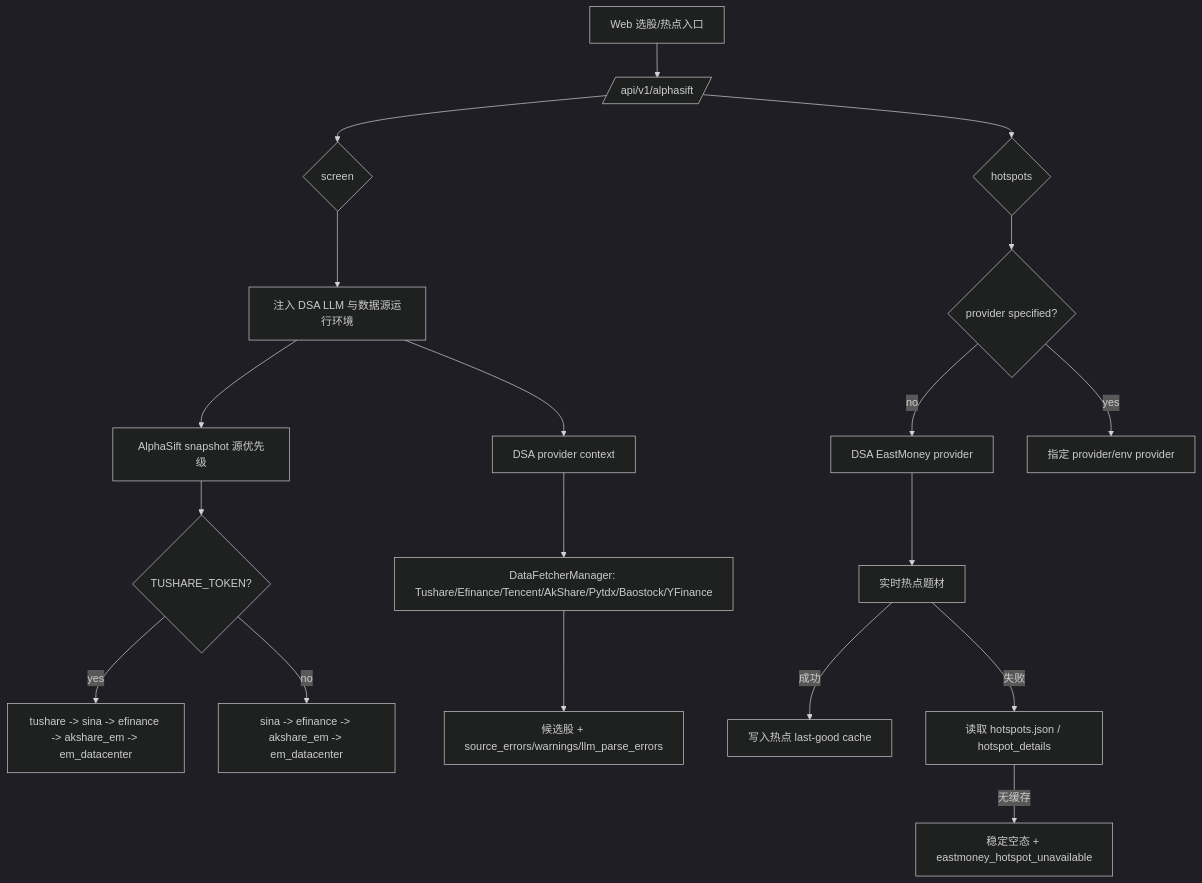
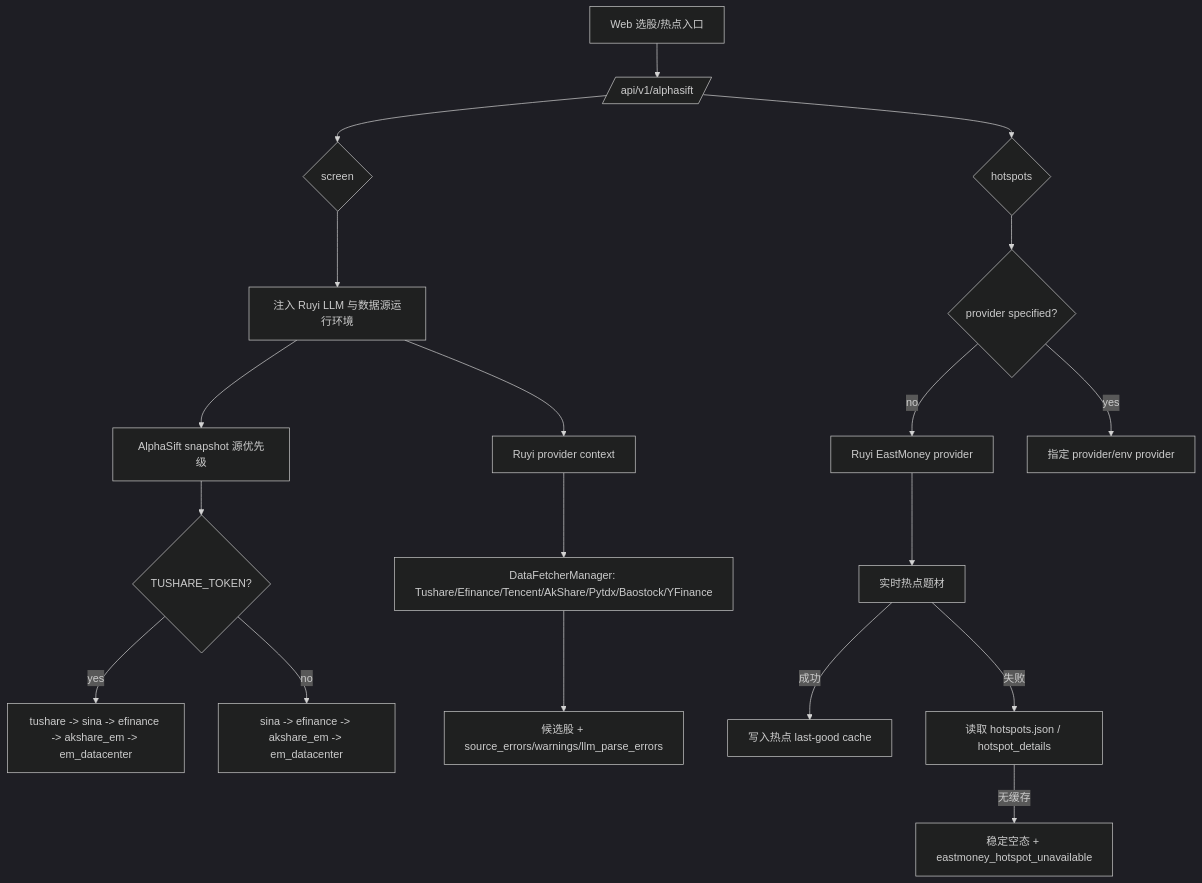
The third of 3 diagrams in docs/data-source-stability.md (ZhangMengmeng-702/RuyiDailySelectAnalysis), drawn with Mermaid (dark theme) before and after one commit. The commit also changed other lines of this file and 140 other files, not shown here.

````diff
--- a/docs/data-source-stability.md
+++ b/docs/data-source-stability.md
@@ -96,23 +96,23 @@
 ```mermaid
 flowchart TD
     UI[Web 选股/热点入口] --> API[/api/v1/alphasift/]
 
     API --> SCREEN{screen}
-    SCREEN --> ENV[注入 DSA LLM 与数据源运行环境]
+    SCREEN --> ENV[注入 Ruyi LLM 与数据源运行环境]
     ENV --> SNAP[AlphaSift snapshot 源优先级]
     SNAP --> TS{TUSHARE_TOKEN?}
     TS -->|yes| SP1[tushare -> sina -> efinance -> akshare_em -> em_datacenter]
     TS -->|no| SP2[sina -> efinance -> akshare_em -> em_datacenter]
-    ENV --> DAILY[DSA provider context]
+    ENV --> DAILY[Ruyi provider context]
     DAILY --> DFM[DataFetcherManager: Tushare/Efinance/Tencent/AkShare/Pytdx/Baostock/YFinance]
     DFM --> RESULT[候选股 + source_errors/warnings/llm_parse_errors]
 
     API --> HOT{hotspots}
     HOT --> HP{provider specified?}
-    HP -->|no| EM[DSA EastMoney provider]
+    HP -->|no| EM[Ruyi EastMoney provider]
     HP -->|yes| CUSTOM[指定 provider/env provider]
     EM --> LIVE[实时热点题材]
     LIVE -->|成功| HCACHE[写入热点 last-good cache]
     LIVE -->|失败| OLD[读取 hotspots.json / hotspot_details]
     OLD -->|无缓存| EMPTY[稳定空态 + eastmoney_hotspot_unavailable]
 ```
````
